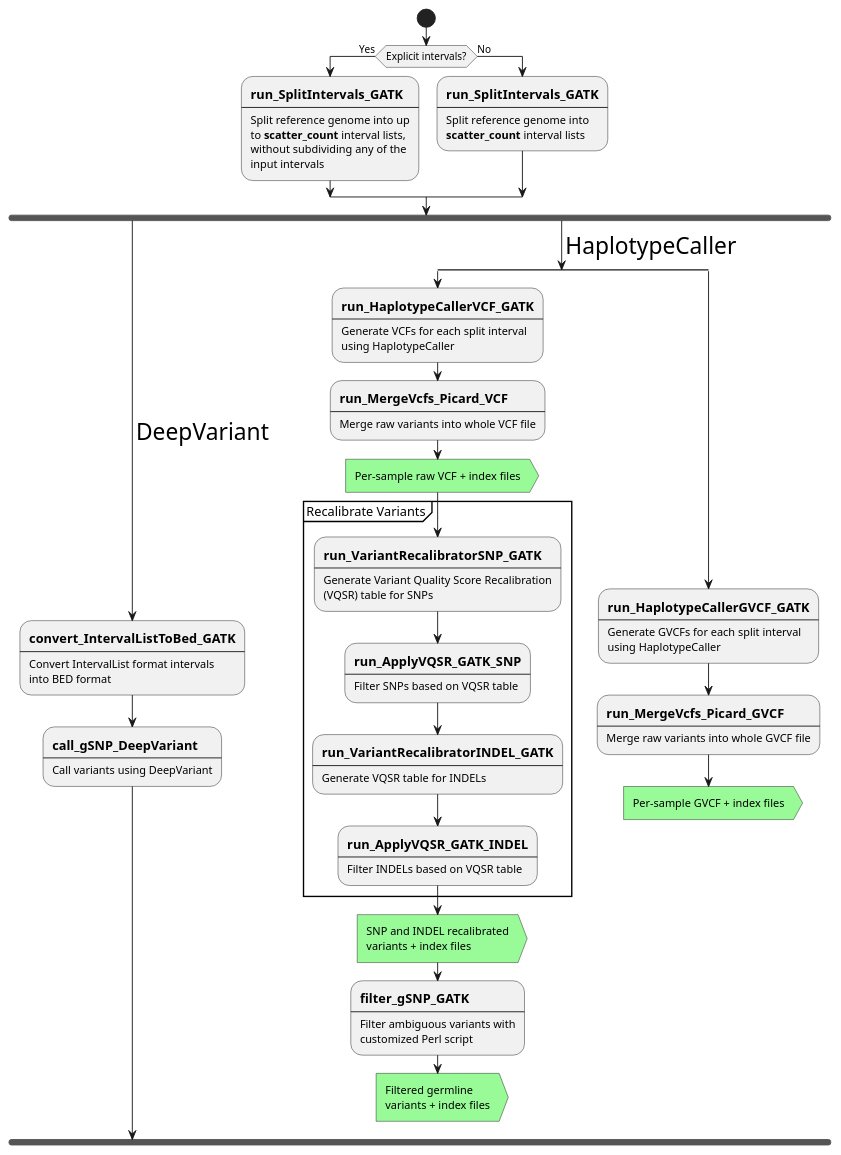
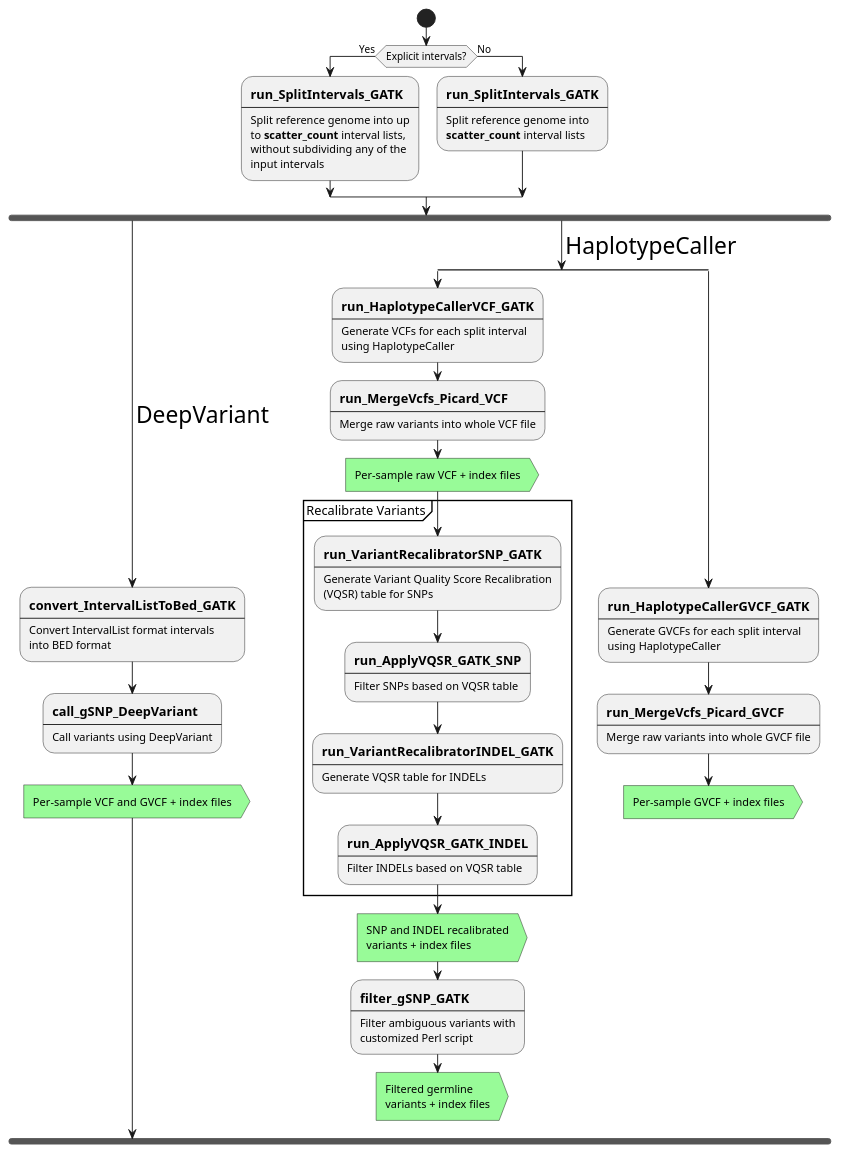
The diagram in docs/call-gsnp-flow.puml (uclahs-cds/pipeline-call-gSNP), drawn with PlantUML before and after one commit.

Commit message:
Add outputs to diagram

```diff
--- a/docs/call-gsnp-flow.puml
+++ b/docs/call-gsnp-flow.puml
@@ -1,97 +1,99 @@
 @startuml
 
 skinparam ConditionEndStyle hline
 
 start
 
 if (Explicit intervals?) is (Yes) then
   :==run_SplitIntervals_GATK
   ----
   Split reference genome into up
   to **scatter_count** interval lists,
   without subdividing any of the
   input intervals;
 else (No)
   :==run_SplitIntervals_GATK
   ----
   Split reference genome into
   **scatter_count** interval lists;
 endif
 
 fork
   -><size:25>DeepVariant</size>;
   :==convert_IntervalListToBed_GATK
   ----
   Convert IntervalList format intervals 
   into BED format;
   :==call_gSNP_DeepVariant
   ----
   Call variants using DeepVariant;
+
+  #palegreen:Per-sample  VCF and GVCF + index files>
 fork again
   -><size:25>HaplotypeCaller</size>;
   split
 
   :==run_HaplotypeCallerVCF_GATK
   ----
   Generate VCFs for each split interval
   using HaplotypeCaller;
 
   :==run_MergeVcfs_Picard_VCF
   ----
   Merge raw variants into whole VCF file;
 
   #palegreen:Per-sample raw VCF + index files>
 
   partition "Recalibrate Variants" {
 
   :==run_VariantRecalibratorSNP_GATK
   ----
   Generate Variant Quality Score Recalibration
   (VQSR) table for SNPs;
 
   :==run_ApplyVQSR_GATK_SNP
   ----
   Filter SNPs based on VQSR table;
 
   :==run_VariantRecalibratorINDEL_GATK
   ----
   Generate VQSR table for INDELs;
 
   :==run_ApplyVQSR_GATK_INDEL
   ----
   Filter INDELs based on VQSR table;
 
   }
 
   #palegreen:SNP and INDEL recalibrated
   variants + index files>
 
   :==filter_gSNP_GATK
   ----
   Filter ambiguous variants with
   customized Perl script;
 
   #palegreen:Filtered germline
   variants + index files>
 
   detach
 
   split again
 
   :==run_HaplotypeCallerGVCF_GATK
   ----
   Generate GVCFs for each split interval
   using HaplotypeCaller;
 
   :==run_MergeVcfs_Picard_GVCF
   ----
   Merge raw variants into whole GVCF file;
 
   #palegreen:Per-sample GVCF + index files>
 
   detach
 
   endsplit
 end fork
 
 @enduml
```
